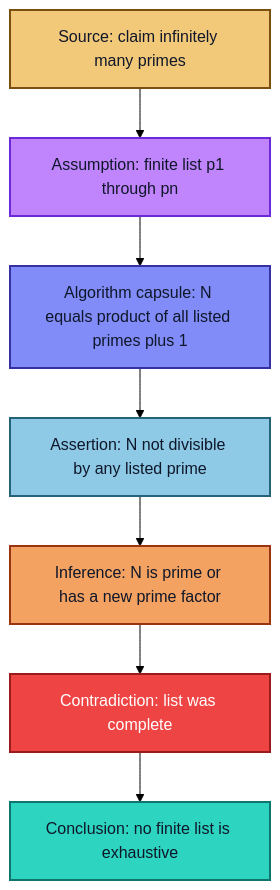
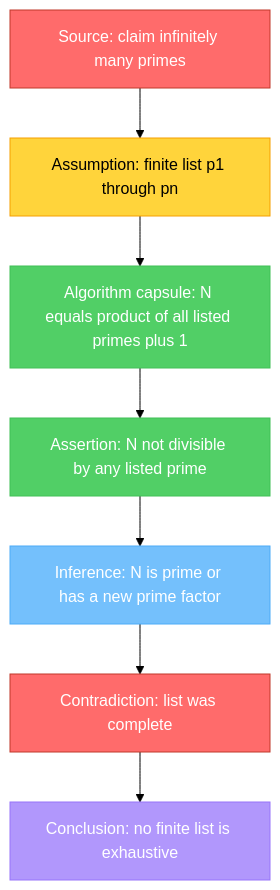
One commit to garywelz/progframe changed the eighth of 8 diagrams in collaborations/mathematics-database/algorithms-axiomatic-theories-proofs-revised.md. Above: the diagram before and after it, drawn with Mermaid (forest theme). The commit also changed other lines of this file and 10 other files, not shown here.

````diff
--- a/collaborations/mathematics-database/algorithms-axiomatic-theories-proofs-revised.md
+++ b/collaborations/mathematics-database/algorithms-axiomatic-theories-proofs-revised.md
@@ -670,25 +666,21 @@
 ```mermaid
 flowchart TD
     A["Source: claim infinitely many primes"]
     B["Assumption: finite list p1 through pn"]
     C["Algorithm capsule: N equals product of all listed primes plus 1"]
     D["Assertion: N not divisible by any listed prime"]
     E["Inference: N is prime or has a new prime factor"]
     F["Contradiction: list was complete"]
     G["Conclusion: no finite list is exhaustive"]
     A --> B --> C --> D --> E --> F --> G
-    classDef proofSource fill:#f2c879,stroke:#7a4f12,color:#0f172a,stroke-width:2px
-    classDef proofAssumption fill:#c084fc,stroke:#6d28d9,color:#0f172a,stroke-width:2px
-    classDef proofAlgorithm fill:#818cf8,stroke:#3730a3,color:#0f172a,stroke-width:2px
-    classDef proofAssertion fill:#8ecae6,stroke:#25637a,color:#0f172a,stroke-width:2px
-    classDef proofInference fill:#f4a261,stroke:#9a3412,color:#0f172a,stroke-width:2px
-    classDef proofContradiction fill:#ef4444,stroke:#991b1b,color:#ffffff,stroke-width:2px
-    classDef proofConclusion fill:#2dd4bf,stroke:#0f766e,color:#0f172a,stroke-width:2px
-    class A proofSource
-    class B proofAssumption
-    class C proofAlgorithm
-    class D proofAssertion
-    class E proofInference
-    class F proofContradiction
-    class G proofConclusion
+    classDef red fill:#ff6b6b,color:#fff,stroke:#c0392b
+    classDef yellow fill:#ffd43b,color:#000,stroke:#f59f00
+    classDef green fill:#51cf66,color:#fff,stroke:#40c057
+    classDef lightblue fill:#74c0fc,color:#fff,stroke:#4dabf7
+    classDef violet fill:#b197fc,color:#fff,stroke:#9775fa
+    class A,F red
+    class B yellow
+    class C,D green
+    class E lightblue
+    class G violet
 ```
````
